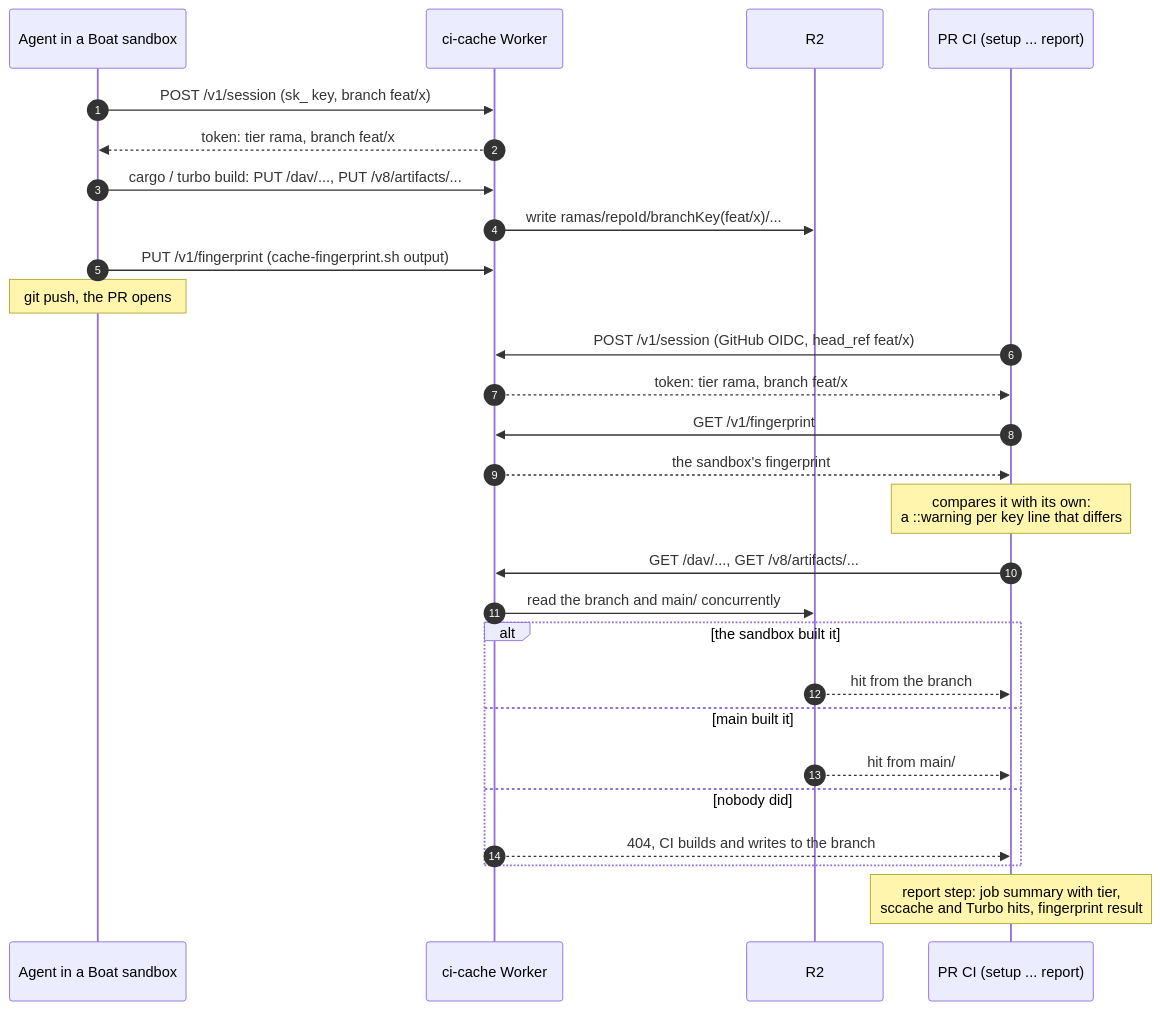
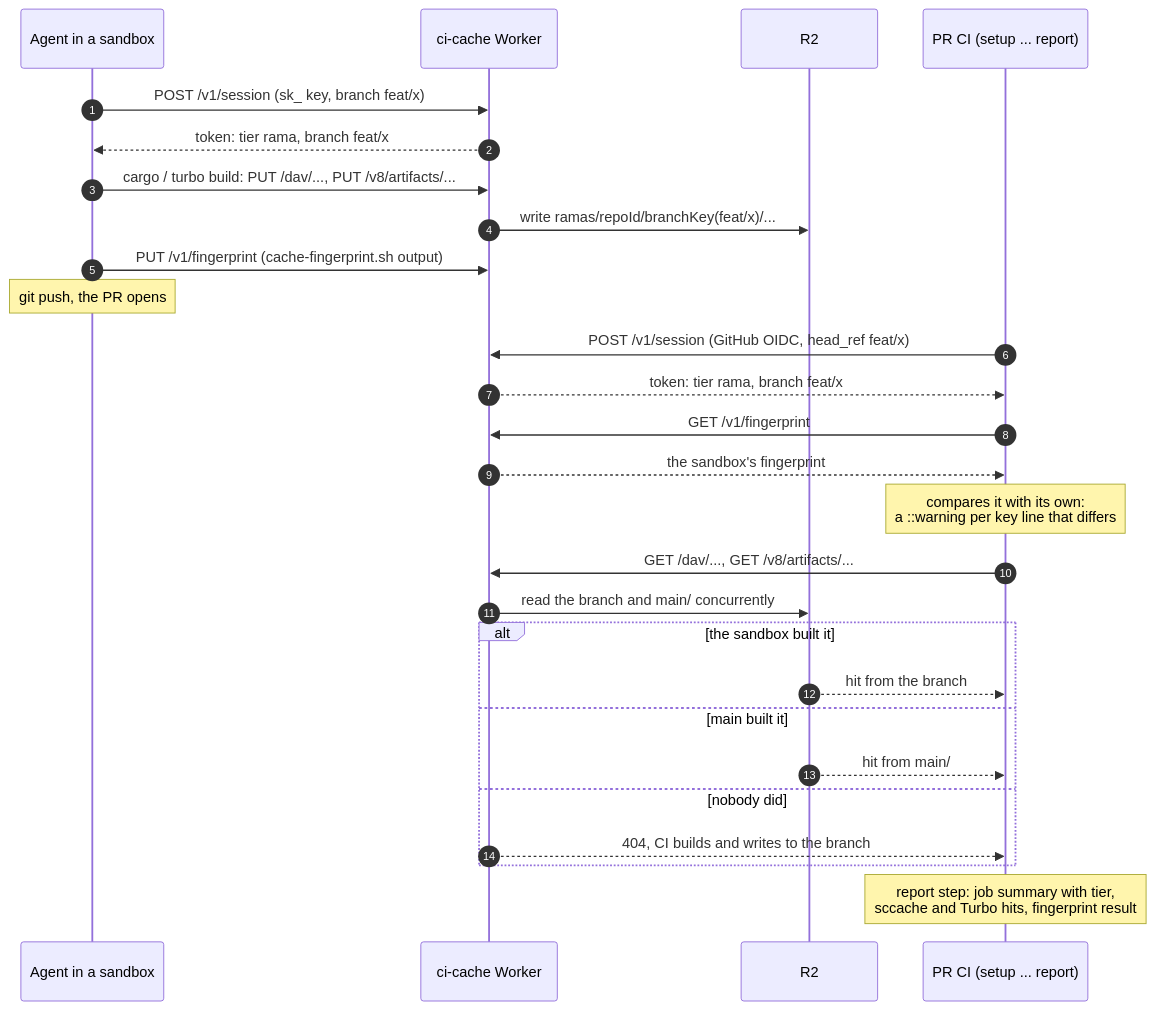
One commit to OmarAlex24/ci-cache changed the second of 3 diagrams in README.md. Above: the diagram before and after it, drawn with Mermaid. The commit also changed other lines of this file and 15 other files, not shown here.

````diff
--- a/README.md
+++ b/README.md
@@ -251,30 +251,30 @@
 ```mermaid
 sequenceDiagram
   autonumber
-  participant A as Agent in a Boat sandbox
+  participant A as Agent in a sandbox
   participant W as ci-cache Worker
   participant R as R2
   participant CI as PR CI (setup ... report)
 
   A->>W: POST /v1/session (sk_ key, branch feat/x)
   W-->>A: token: tier rama, branch feat/x
   A->>W: cargo / turbo build: PUT /dav/..., PUT /v8/artifacts/...
   W->>R: write ramas/repoId/branchKey(feat/x)/...
   A->>W: PUT /v1/fingerprint (cache-fingerprint.sh output)
   Note over A: git push, the PR opens
   CI->>W: POST /v1/session (GitHub OIDC, head_ref feat/x)
   W-->>CI: token: tier rama, branch feat/x
   CI->>W: GET /v1/fingerprint
   W-->>CI: the sandbox's fingerprint
   Note over CI: compares it with its own:<br/>a ::warning per key line that differs
   CI->>W: GET /dav/..., GET /v8/artifacts/...
   W->>R: read the branch and main/ concurrently
   alt the sandbox built it
     R-->>CI: hit from the branch
   else main built it
     R-->>CI: hit from main/
   else nobody did
     W-->>CI: 404, CI builds and writes to the branch
   end
   Note over CI: report step: job summary with tier,<br/>sccache and Turbo hits, fingerprint result
 ```
````
